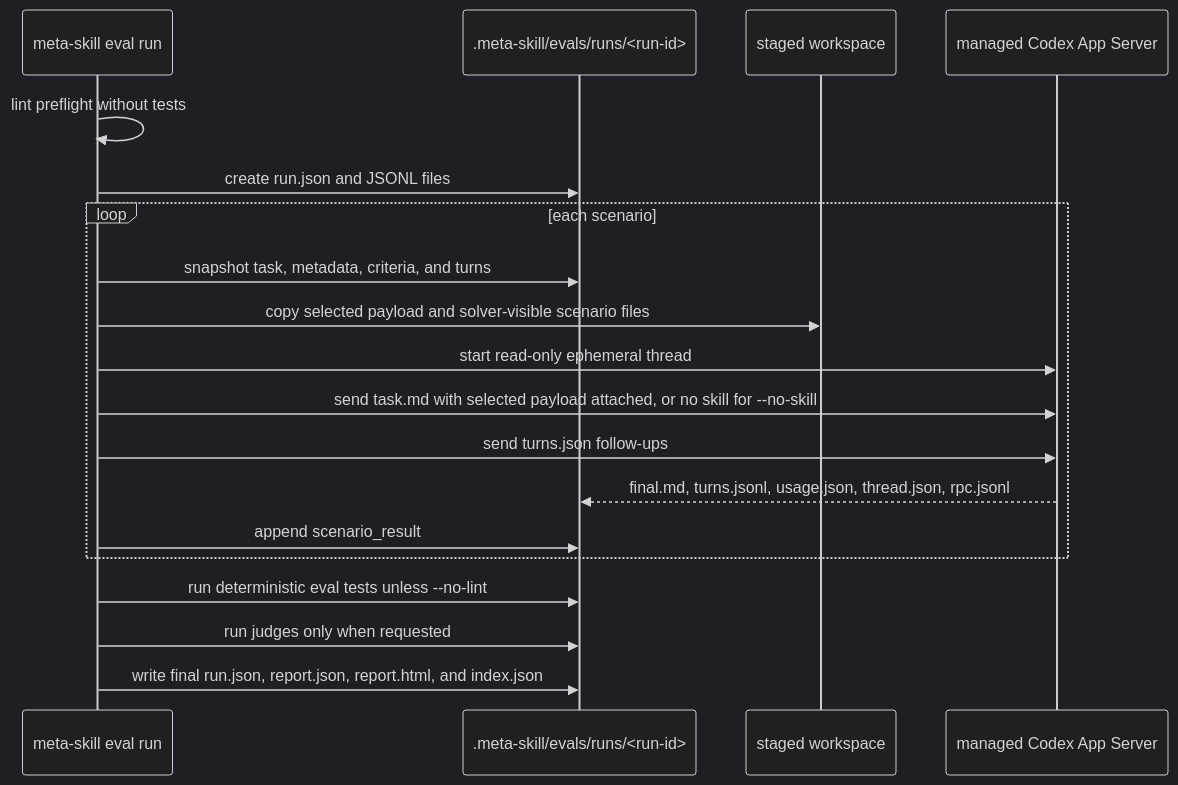
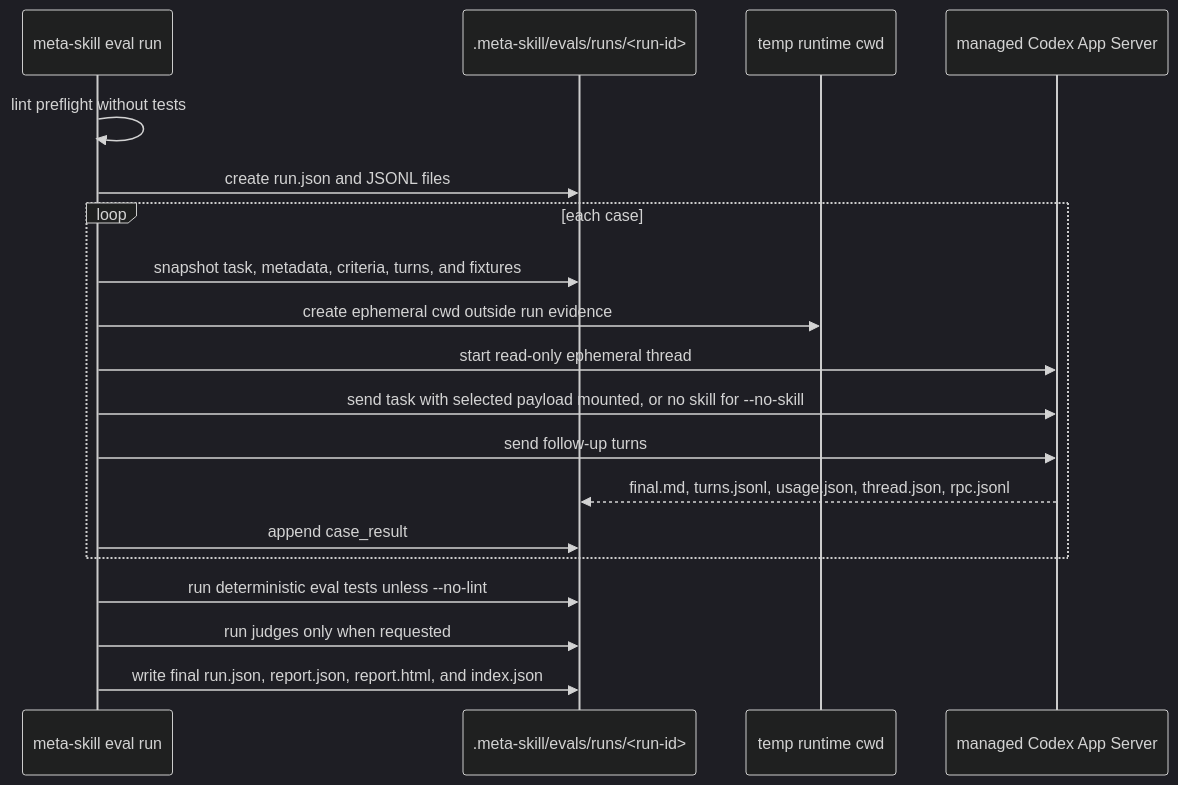
One commit to rishirsv/dots changed the fifth of 6 diagrams in plugins/meta-skill/architecture.md. Above: the diagram before and after it, drawn with Mermaid (dark theme). The commit also changed other lines of this file and 31 other files, not shown here.

Commit message:
hard-cut meta-skill eval runtime

````diff
--- a/plugins/meta-skill/architecture.md
+++ b/plugins/meta-skill/architecture.md
@@ -135,22 +136,22 @@
 ```mermaid
 sequenceDiagram
   participant CLI as meta-skill eval run
   participant Run as .meta-skill/evals/runs/<run-id>
-  participant Stage as staged workspace
+  participant Tmp as temp runtime cwd
   participant App as managed Codex App Server
 
   CLI->>CLI: lint preflight without tests
   CLI->>Run: create run.json and JSONL files
-  loop each scenario
-    CLI->>Run: snapshot task, metadata, criteria, and turns
-    CLI->>Stage: copy selected payload and solver-visible scenario files
+  loop each case
+    CLI->>Run: snapshot task, metadata, criteria, turns, and fixtures
+    CLI->>Tmp: create ephemeral cwd outside run evidence
     CLI->>App: start read-only ephemeral thread
-    CLI->>App: send task.md with selected payload attached, or no skill for --no-skill
-    CLI->>App: send turns.json follow-ups
+    CLI->>App: send task with selected payload mounted, or no skill for --no-skill
+    CLI->>App: send follow-up turns
     App-->>Run: final.md, turns.jsonl, usage.json, thread.json, rpc.jsonl
-    CLI->>Run: append scenario_result
+    CLI->>Run: append case_result
   end
   CLI->>Run: run deterministic eval tests unless --no-lint
   CLI->>Run: run judges only when requested
   CLI->>Run: write final run.json, report.json, report.html, and index.json
 ```
````
